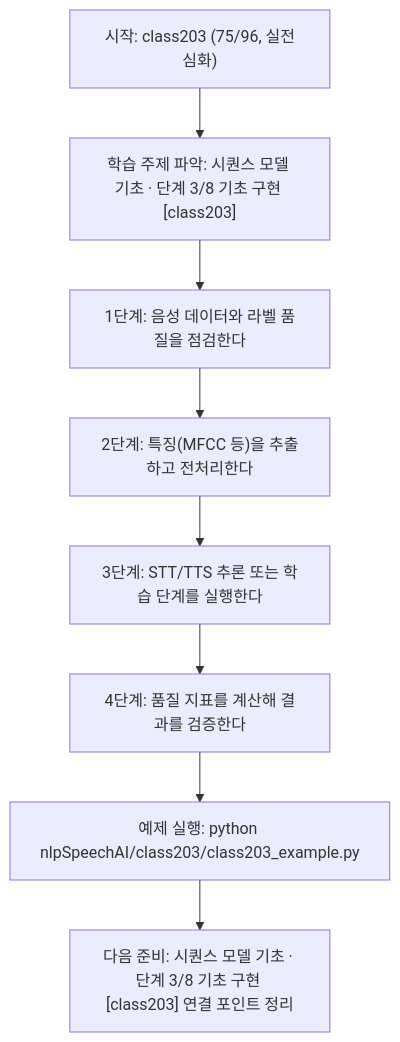
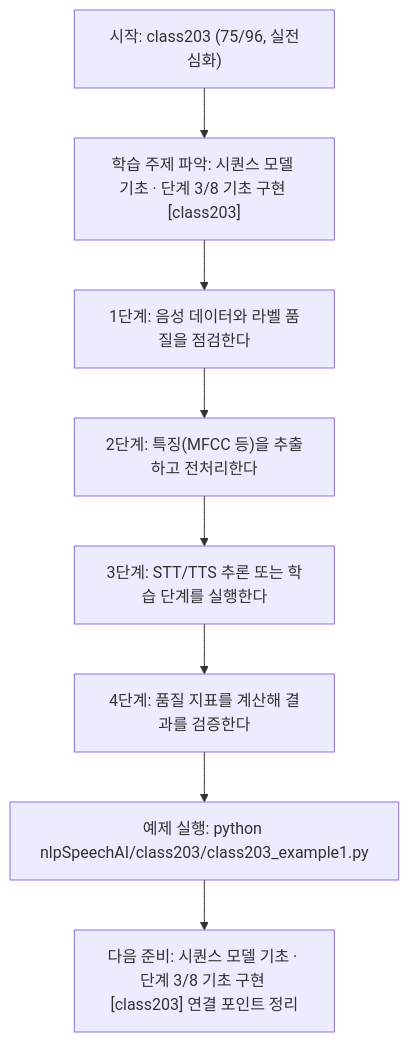
Before and after one commit to edumgt/Python-AI_Agent-Class: the diagram in nlpSpeechAI/class203/class203.md, drawn with Mermaid. The commit also changed other lines of this file and 2959 other files, not shown here.

````diff
--- a/nlpSpeechAI/class203/class203.md
+++ b/nlpSpeechAI/class203/class203.md
@@ -114,18 +114,18 @@
 ```mermaid
 flowchart TD
 N1["시작: class203 (75/96, 실전심화)"]
 N2["학습 주제 파악: 시퀀스 모델 기초 · 단계 3/8 기초 구현 [class203]"]
 N3["1단계: 음성 데이터와 라벨 품질을 점검한다"]
 N4["2단계: 특징(MFCC 등)을 추출하고 전처리한다"]
 N5["3단계: STT/TTS 추론 또는 학습 단계를 실행한다"]
 N6["4단계: 품질 지표를 계산해 결과를 검증한다"]
-N7["예제 실행: python nlpSpeechAI/class203/class203_example.py"]
+N7["예제 실행: python nlpSpeechAI/class203/class203_example1.py"]
 N8["다음 준비: 시퀀스 모델 기초 · 단계 3/8 기초 구현 [class203] 연결 포인트 정리"]
 N1 --> N2
 N2 --> N3
 N3 --> N4
 N4 --> N5
 N5 --> N6
 N6 --> N7
 N7 --> N8
 ```
````
